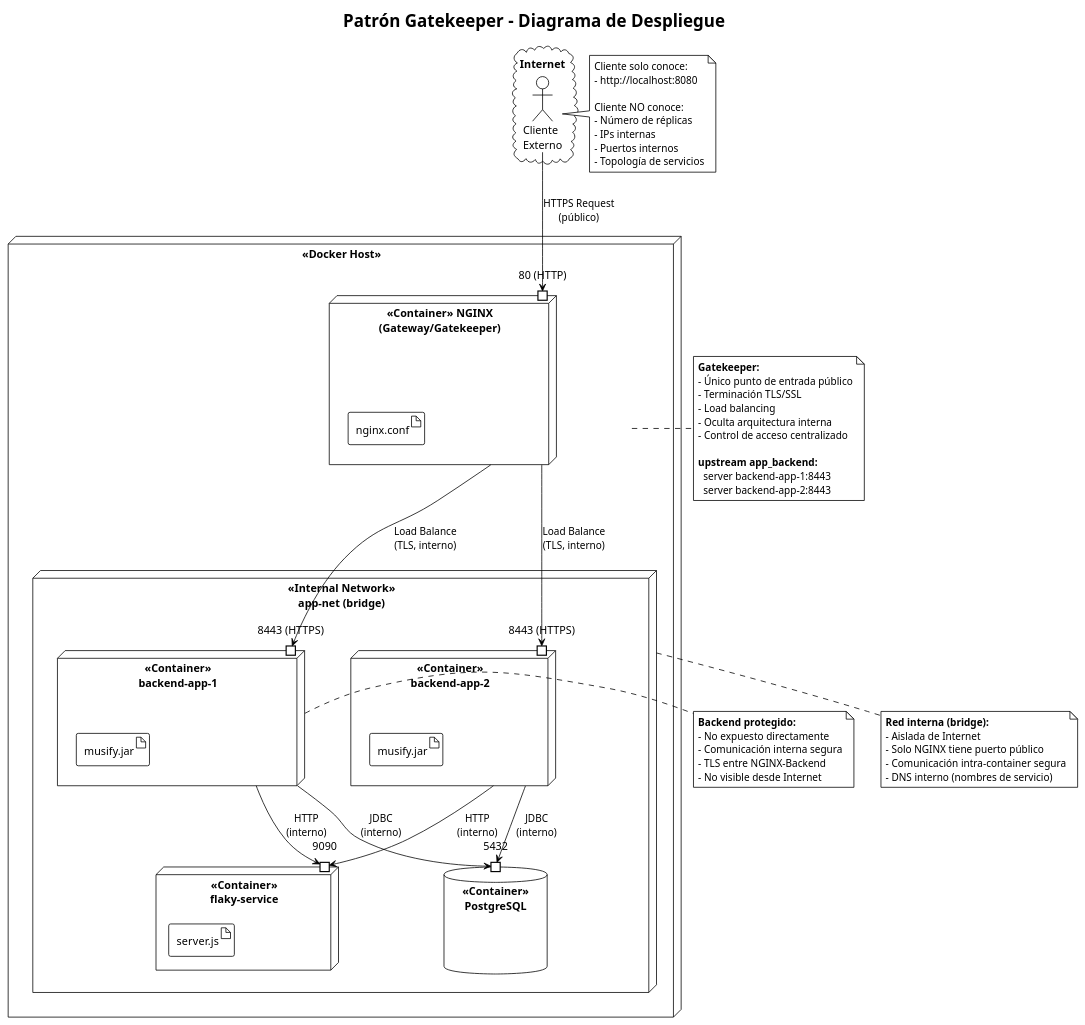
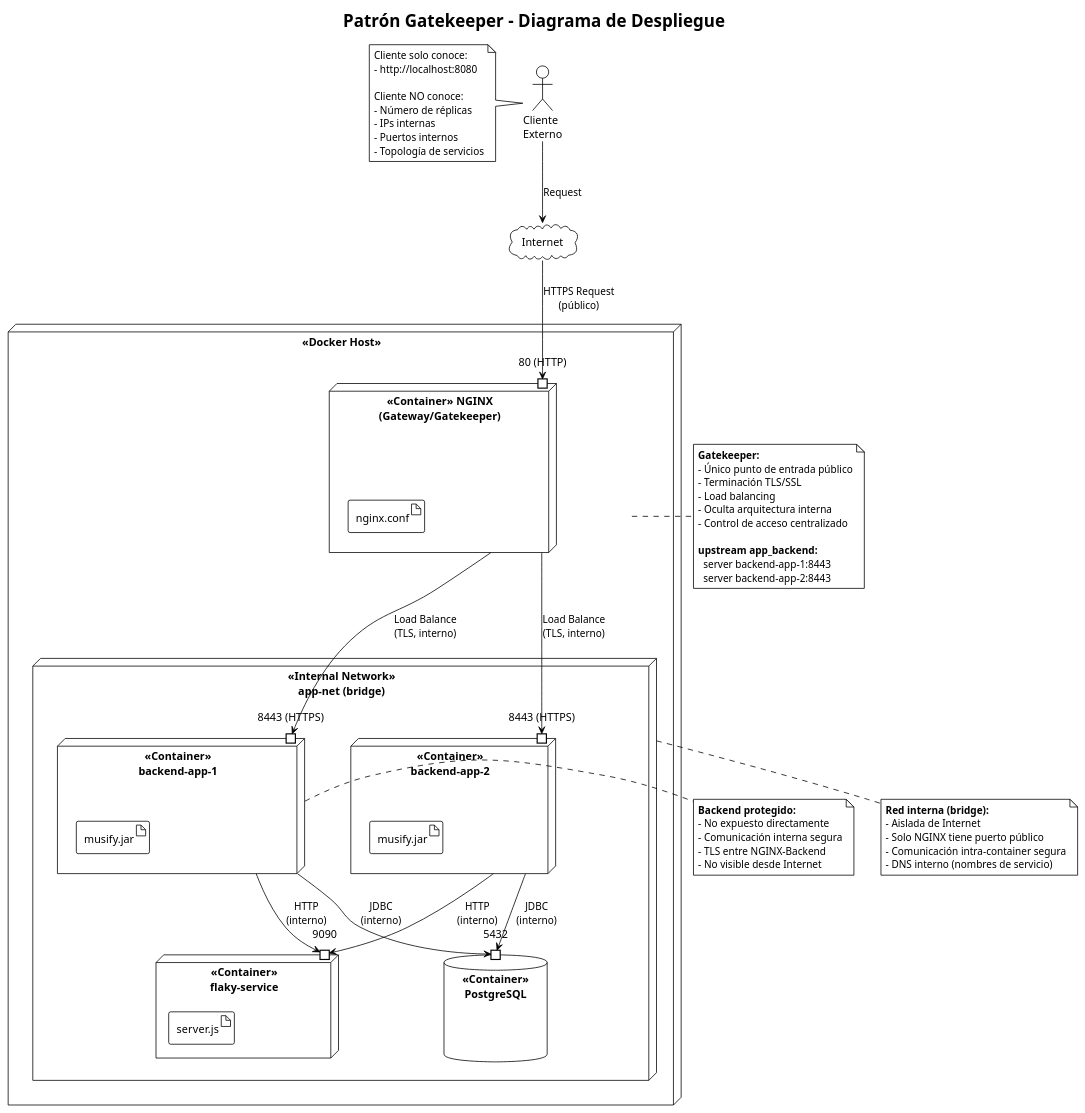
The diagram in diagramas/gatekeeper-deployment.pu (clara-s-n/musify), drawn with PlantUML before and after one commit. The commit also changed 10 other files, not shown here.

Commit message:
Update diagrams with lifelines, external cloud structures, and justification notes

```diff
--- a/diagramas/gatekeeper-deployment.pu
+++ b/diagramas/gatekeeper-deployment.pu
@@ -1,92 +1,93 @@
 @startuml gatekeeper-deployment
 !theme plain
 title Patrón Gatekeeper - Diagrama de Despliegue
 
-cloud "Internet" {
-  actor "Cliente\nExterno" as Client
-}
+actor "Cliente\nExterno" as Client
+
+cloud "Internet" as Internet
 
 node "<<Docker Host>>" as DockerHost {
   
   node "<<Container>> NGINX\n(Gateway/Gatekeeper)" as NGINX {
     artifact "nginx.conf" as conf
     port "80 (HTTP)" as port80
   }
   
   node "<<Internal Network>>\napp-net (bridge)" as Network {
     
     node "<<Container>>\nbackend-app-1" as Backend1 {
       artifact "musify.jar" as jar1
       port "8443 (HTTPS)" as port8443_1
     }
     
     node "<<Container>>\nbackend-app-2" as Backend2 {
       artifact "musify.jar" as jar2
       port "8443 (HTTPS)" as port8443_2
     }
     
     node "<<Container>>\nflaky-service" as Flaky {
       artifact "server.js" as js
       port "9090" as port9090
     }
     
     database "<<Container>>\nPostgreSQL" as DB {
       port "5432" as port5432
     }
   }
 }
 
 ' Conexiones externas
-Client --> port80 : HTTPS Request\n(público)
+Client --> Internet : Request
+Internet --> port80 : HTTPS Request\n(público)
 
 ' Conexiones internas
 NGINX --> port8443_1 : Load Balance\n(TLS, interno)
 NGINX --> port8443_2 : Load Balance\n(TLS, interno)
 
 Backend1 --> port9090 : HTTP\n(interno)
 Backend2 --> port9090 : HTTP\n(interno)
 
 Backend1 --> port5432 : JDBC\n(interno)
 Backend2 --> port5432 : JDBC\n(interno)
 
 note right of NGINX
   **Gatekeeper:**
   - Único punto de entrada público
   - Terminación TLS/SSL
   - Load balancing
   - Oculta arquitectura interna
   - Control de acceso centralizado
   
   **upstream app_backend:**
     server backend-app-1:8443
     server backend-app-2:8443
 end note
 
 note right of Backend1
   **Backend protegido:**
   - No expuesto directamente
   - Comunicación interna segura
   - TLS entre NGINX-Backend
   - No visible desde Internet
 end note
 
 note bottom of Network
   **Red interna (bridge):**
   - Aislada de Internet
   - Solo NGINX tiene puerto público
   - Comunicación intra-container segura
   - DNS interno (nombres de servicio)
 end note
 
 note left of Client
   Cliente solo conoce:
   - http://localhost:8080
   
   Cliente NO conoce:
   - Número de réplicas
   - IPs internas
   - Puertos internos
   - Topología de servicios
 end note
 
 @enduml
```
